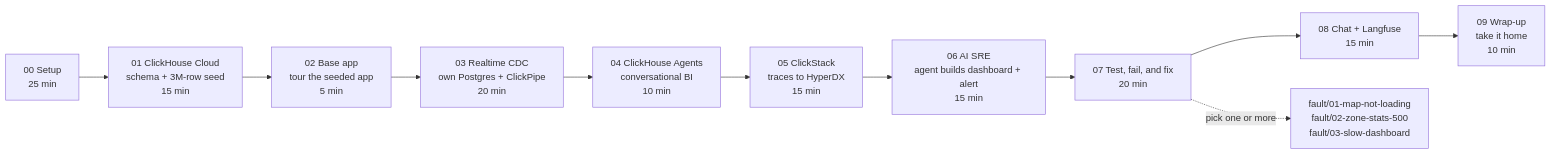
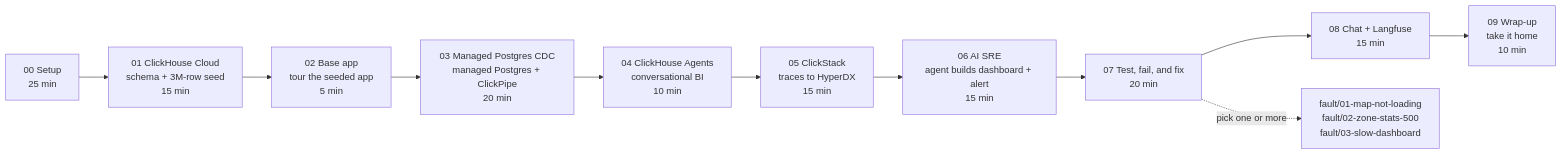
Before and after one commit to ClickHouse/ClickHouse_Demos: the second of 4 diagrams in workshops/build_workshop/README.md, drawn with Mermaid. The commit also changed other lines of this file and 47 other files, not shown here.

````diff
--- a/workshops/build_workshop/README.md
+++ b/workshops/build_workshop/README.md
@@ -71,13 +73,13 @@
 ```mermaid
 flowchart LR
   M00["00 Setup<br/>25 min"] --> M01["01 ClickHouse Cloud<br/>schema + 3M-row seed<br/>15 min"]
   M01 --> M02["02 Base app<br/>tour the seeded app<br/>5 min"]
-  M02 --> M03["03 Realtime CDC<br/>own Postgres + ClickPipe<br/>20 min"]
+  M02 --> M03["03 Managed Postgres CDC<br/>managed Postgres + ClickPipe<br/>20 min"]
   M03 --> M04["04 ClickHouse Agents<br/>conversational BI<br/>10 min"]
   M04 --> M05["05 ClickStack<br/>traces to HyperDX<br/>15 min"]
   M05 --> M06["06 AI SRE<br/>agent builds dashboard + alert<br/>15 min"]
   M06 --> M07["07 Test, fail, and fix<br/>20 min"]
   M07 --> M08["08 Chat + Langfuse<br/>15 min"]
   M08 --> M09["09 Wrap-up<br/>take it home<br/>10 min"]
   M07 -.->|pick one or more| F["fault/01-map-not-loading<br/>fault/02-zone-stats-500<br/>fault/03-slow-dashboard"]
 ```
````
